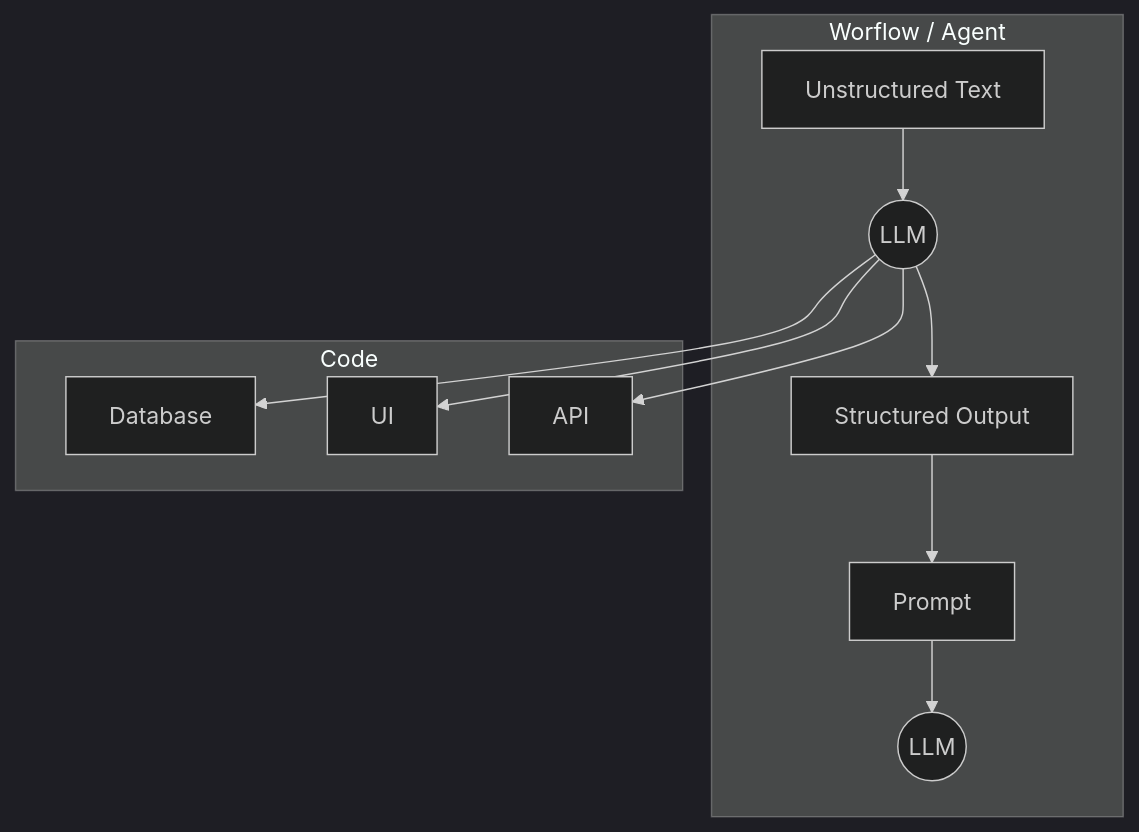
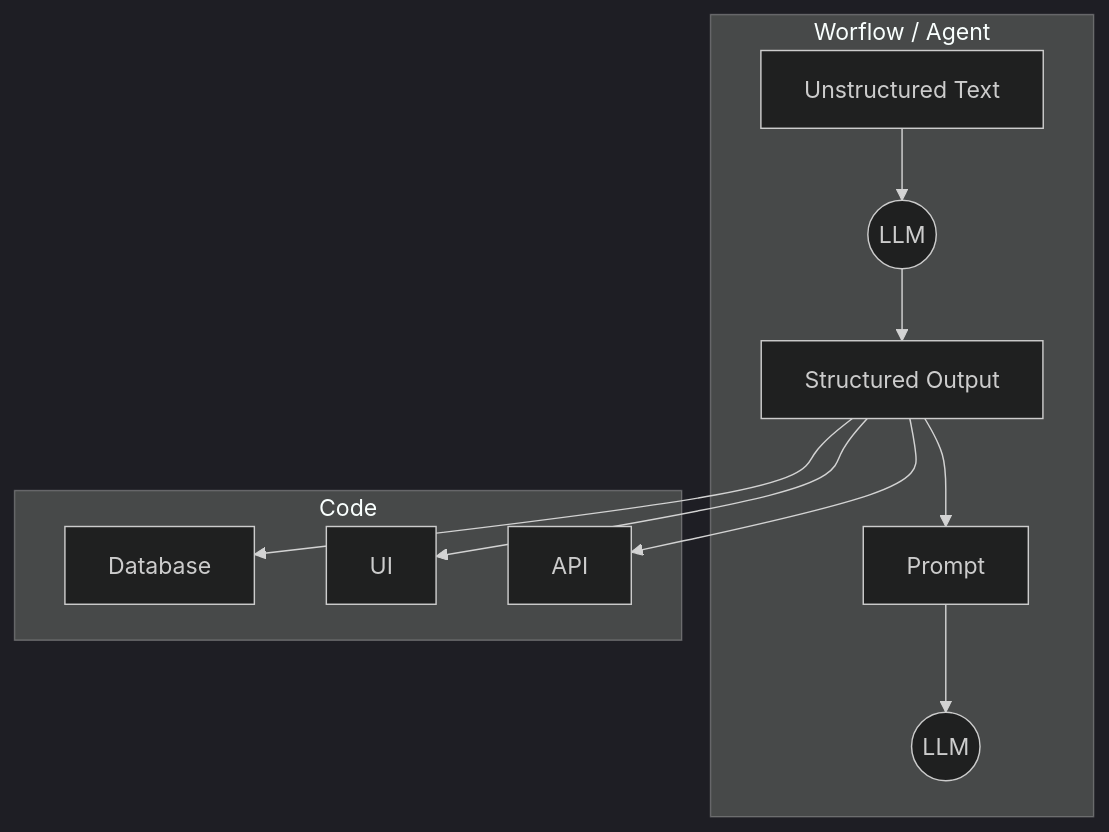
The second of 2 diagrams in lessons/04_structured_outputs/article.md (shoaibkhanz/agentic-ai-engineering-course), drawn with Mermaid (dark theme) before and after one commit. The commit also changed 1 other file, not shown here.

Commit message:
feat: Tweak L4

````diff
--- a/lessons/04_structured_outputs/article.md
+++ b/lessons/04_structured_outputs/article.md
@@ -32,19 +32,19 @@
 ```mermaid
 flowchart TD
     subgraph "Worflow / Agent"
         A["Unstructured Text"] --> B(("LLM"));
         B --> C["Structured Output"];
         C --> D["Prompt"];
         D --> G(("LLM"));
     end
     
     subgraph "Code"
         E["Database"];
         F["UI"];
         H["API"];
     end
     
-    B --> E;
-    B --> F;
-    B --> H;
+    C --> E;
+    C --> F;
+    C --> H;
 ```
````
